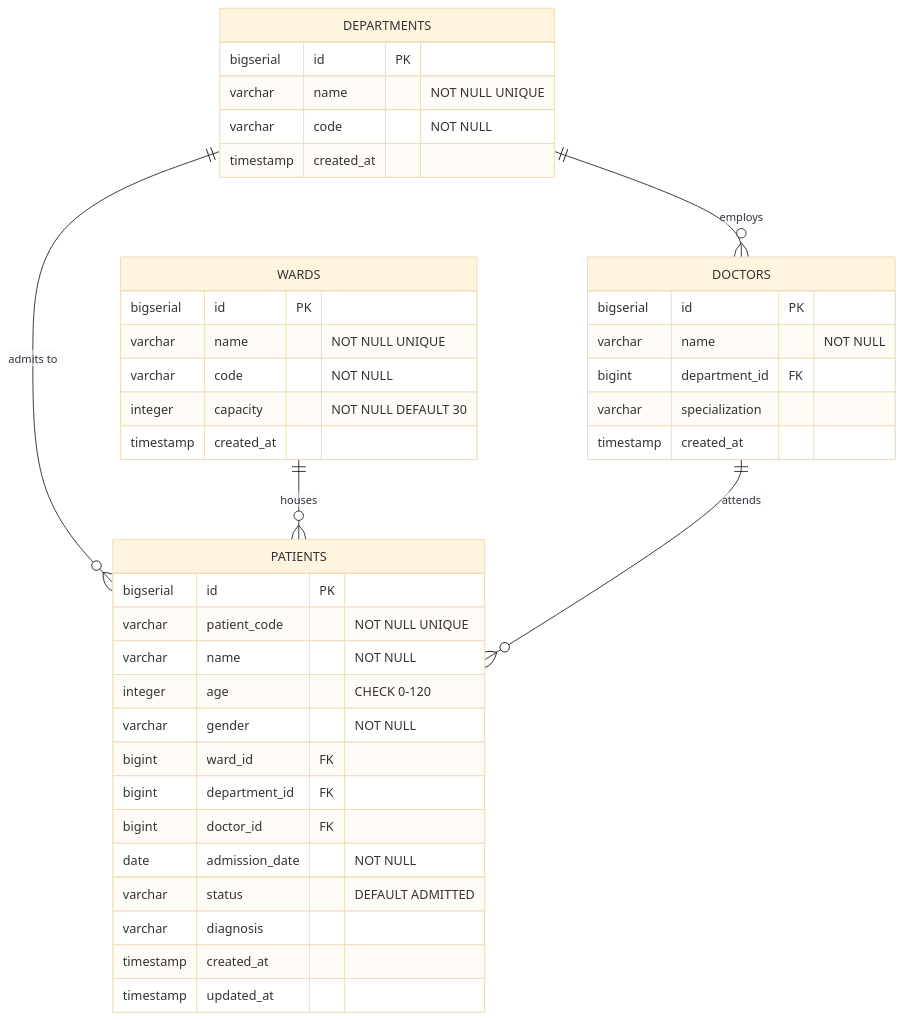
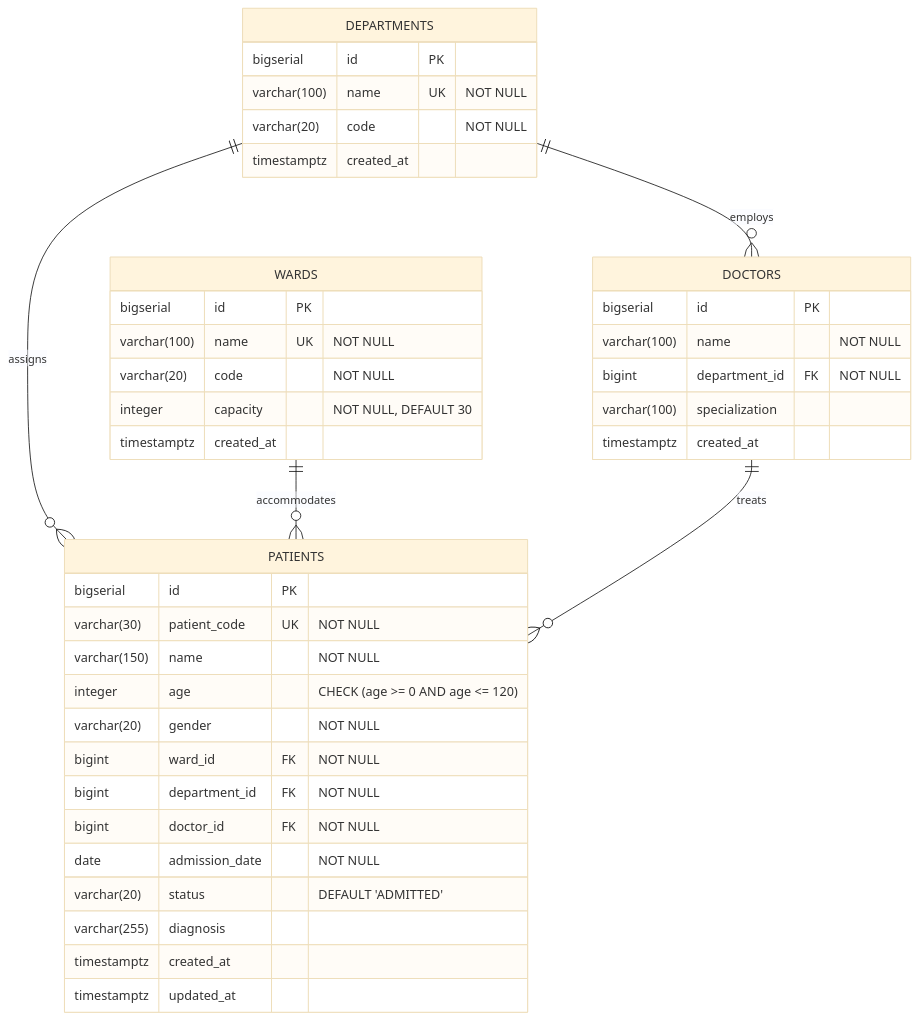
The third of 3 diagrams in README.md (shivarajrathod08/mediflow-patient-admission-management), drawn with Mermaid (base theme) before and after one commit. The commit also changed other lines of this file and 16 other files, not shown here.

````diff
--- a/README.md
+++ b/README.md
@@ -196,46 +305,46 @@
 ```mermaid
 erDiagram
     DEPARTMENTS ||--o{ DOCTORS : "employs"
-    DEPARTMENTS ||--o{ PATIENTS : "admits to"
-    WARDS ||--o{ PATIENTS : "houses"
-    DOCTORS ||--o{ PATIENTS : "attends"
+    DEPARTMENTS ||--o{ PATIENTS : "assigns"
+    WARDS ||--o{ PATIENTS : "accommodates"
+    DOCTORS ||--o{ PATIENTS : "treats"
 
     DEPARTMENTS {
         bigserial id PK
-        varchar name "NOT NULL UNIQUE"
-        varchar code "NOT NULL"
-        timestamp created_at
+        varchar(100) name UK "NOT NULL"
+        varchar(20) code "NOT NULL"
+        timestamptz created_at
     }
 
     WARDS {
         bigserial id PK
-        varchar name "NOT NULL UNIQUE"
-        varchar code "NOT NULL"
-        integer capacity "NOT NULL DEFAULT 30"
-        timestamp created_at
+        varchar(100) name UK "NOT NULL"
+        varchar(20) code "NOT NULL"
+        integer capacity "NOT NULL, DEFAULT 30"
+        timestamptz created_at
     }
 
     DOCTORS {
         bigserial id PK
-        varchar name "NOT NULL"
-        bigint department_id FK
-        varchar specialization
-        timestamp created_at
+        varchar(100) name "NOT NULL"
+        bigint department_id FK "NOT NULL"
+        varchar(100) specialization
+        timestamptz created_at
     }
 
     PATIENTS {
         bigserial id PK
-        varchar patient_code "NOT NULL UNIQUE"
-        varchar name "NOT NULL"
-        integer age "CHECK 0-120"
-        varchar gender "NOT NULL"
-        bigint ward_id FK
-        bigint department_id FK
-        bigint doctor_id FK
+        varchar(30) patient_code UK "NOT NULL"
+        varchar(150) name "NOT NULL"
+        integer age "CHECK (age >= 0 AND age <= 120)"
+        varchar(20) gender "NOT NULL"
+        bigint ward_id FK "NOT NULL"
+        bigint department_id FK "NOT NULL"
+        bigint doctor_id FK "NOT NULL"
         date admission_date "NOT NULL"
-        varchar status "DEFAULT ADMITTED"
-        varchar diagnosis
-        timestamp created_at
-        timestamp updated_at
+        varchar(20) status "DEFAULT 'ADMITTED'"
+        varchar(255) diagnosis
+        timestamptz created_at
+        timestamptz updated_at
     }
 ```
````
